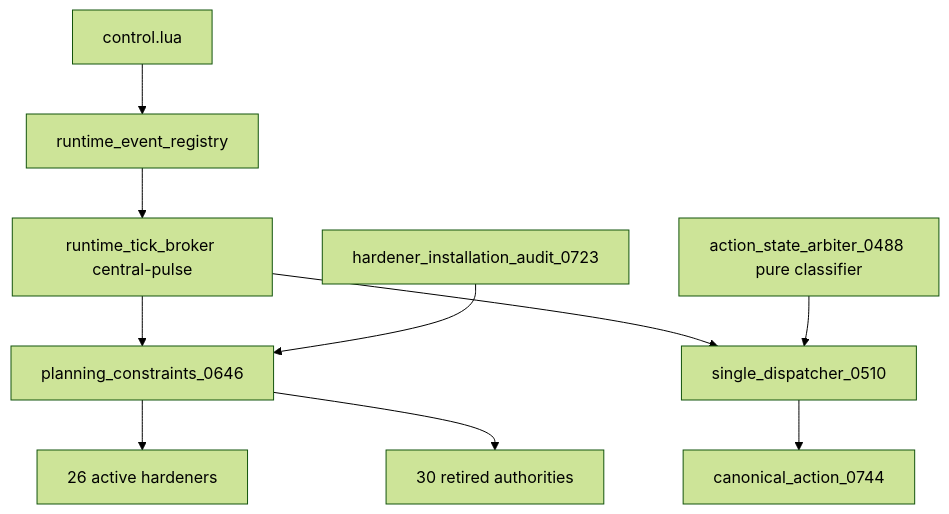
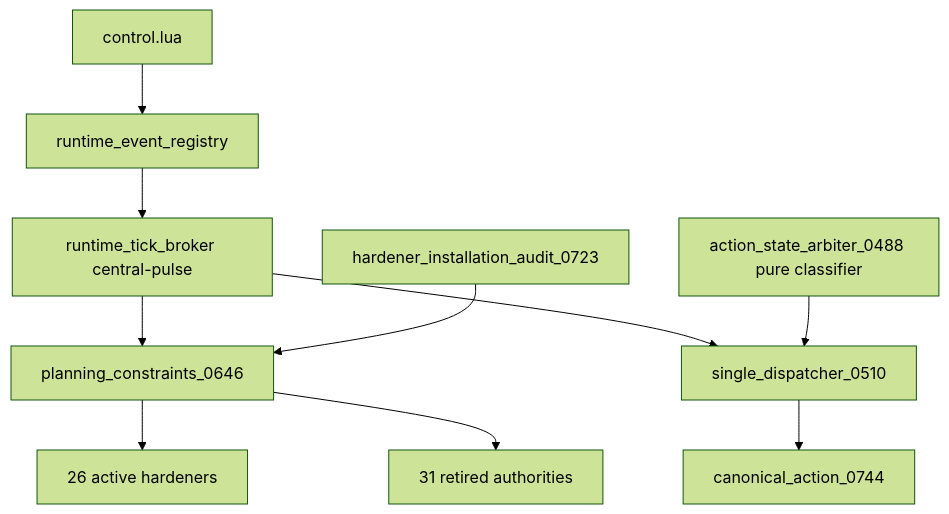
The first of 10 diagrams in docs/RECOVERY_AUTHORITY_MAP_CURRENT.md (mrcalzon02/Tech-Priests), drawn with Mermaid (forest theme) before and after one commit. The commit also changed other lines of this file and 17 other files, not shown here.

````diff
--- a/docs/RECOVERY_AUTHORITY_MAP_CURRENT.md
+++ b/docs/RECOVERY_AUTHORITY_MAP_CURRENT.md
@@ -13,12 +13,12 @@
 ```mermaid
 flowchart TD
     Control[control.lua] --> Registry[runtime_event_registry]
     Registry --> Broker[runtime_tick_broker central-pulse]
     Broker --> Planning[planning_constraints_0646]
     Planning --> Prearm[26 active hardeners]
-    Planning --> Retired[30 retired authorities]
+    Planning --> Retired[31 retired authorities]
     Broker --> Dispatcher[single_dispatcher_0510]
     Dispatcher --> Action[canonical_action_0744]
     Arbiter[action_state_arbiter_0488 pure classifier] --> Dispatcher
     Finalizer[hardener_installation_audit_0723] --> Planning
 ```
````
